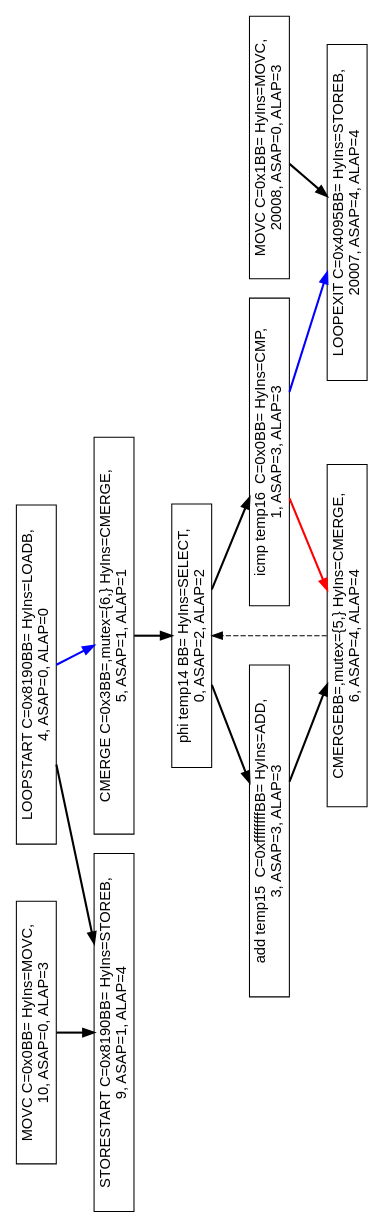
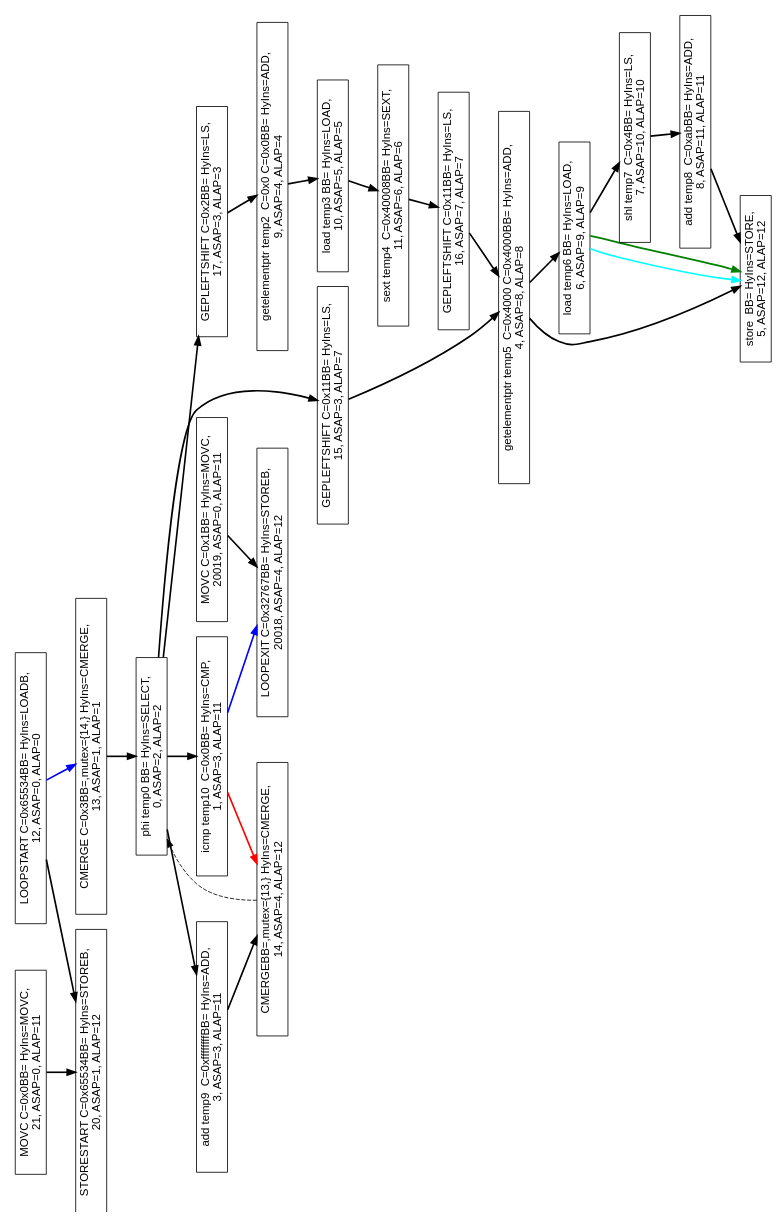
Before and after one commit to vlad-nitu/Morpher_DFG_Generator: the diagram in benchmarks/morpher_benchmarks/4radix/page_table_walk_PartPredDFG.dot, drawn with Graphviz. The commit also changed 11 other files, not shown here.

```diff
--- a/benchmarks/morpher_benchmarks/4radix/page_table_walk_PartPredDFG.dot
+++ b/benchmarks/morpher_benchmarks/4radix/page_table_walk_PartPredDFG.dot
@@ -1,39 +1,76 @@
 digraph Region_18 {
 	graph [ nslimit = "1000.0",
 	orientation = landscape,
 		center = true,
 	page = "8.5,11",
 	compound=true,
 	size = "10,7.5" ] ;
-"Op_4" [ fontname = "Helvetica" shape = box, label = " LOOPSTART C=0x8190BB= HyIns=LOADB,
-4, ASAP=0, ALAP=0"]
-"Op_9" [ fontname = "Helvetica" shape = box, label = " STORESTART C=0x8190BB= HyIns=STOREB,
-9, ASAP=1, ALAP=4"]
-"Op_10" [ fontname = "Helvetica" shape = box, label = " MOVC C=0x0BB= HyIns=MOVC,
-10, ASAP=0, ALAP=3"]
-"Op_0" [ fontname = "Helvetica" shape = box, label = " phi temp14 BB= HyIns=SELECT,
+"Op_12" [ fontname = "Helvetica" shape = box, label = " LOOPSTART C=0x65534BB= HyIns=LOADB,
+12, ASAP=0, ALAP=0"]
+"Op_20" [ fontname = "Helvetica" shape = box, label = " STORESTART C=0x65534BB= HyIns=STOREB,
+20, ASAP=1, ALAP=12"]
+"Op_21" [ fontname = "Helvetica" shape = box, label = " MOVC C=0x0BB= HyIns=MOVC,
+21, ASAP=0, ALAP=11"]
+"Op_0" [ fontname = "Helvetica" shape = box, label = " phi temp0 BB= HyIns=SELECT,
 0, ASAP=2, ALAP=2"]
-"Op_1" [ fontname = "Helvetica" shape = box, label = " icmp temp16  C=0x0BB= HyIns=CMP,
-1, ASAP=3, ALAP=3"]
-"Op_3" [ fontname = "Helvetica" shape = box, label = " add temp15  C=0xffffffffBB= HyIns=ADD,
-3, ASAP=3, ALAP=3"]
-"Op_5" [ fontname = "Helvetica" shape = box, label = " CMERGE C=0x3BB=,mutex={6,} HyIns=CMERGE,
-5, ASAP=1, ALAP=1"]
-"Op_6" [ fontname = "Helvetica" shape = box, label = " CMERGEBB=,mutex={5,} HyIns=CMERGE,
-6, ASAP=4, ALAP=4"]
-"Op_20007" [ fontname = "Helvetica" shape = box, label = " LOOPEXIT C=0x4095BB= HyIns=STOREB,
-20007, ASAP=4, ALAP=4"]
-"Op_20008" [ fontname = "Helvetica" shape = box, label = " MOVC C=0x1BB= HyIns=MOVC,
-20008, ASAP=0, ALAP=3"]
+"Op_1" [ fontname = "Helvetica" shape = box, label = " icmp temp10  C=0x0BB= HyIns=CMP,
+1, ASAP=3, ALAP=11"]
+"Op_3" [ fontname = "Helvetica" shape = box, label = " add temp9  C=0xffffffffBB= HyIns=ADD,
+3, ASAP=3, ALAP=11"]
+"Op_4" [ fontname = "Helvetica" shape = box, label = " getelementptr temp5  C=0x4000 C=0x4000BB= HyIns=ADD,
+4, ASAP=8, ALAP=8"]
+"Op_5" [ fontname = "Helvetica" shape = box, label = " store  BB= HyIns=STORE,
+5, ASAP=12, ALAP=12"]
+"Op_6" [ fontname = "Helvetica" shape = box, label = " load temp6 BB= HyIns=LOAD,
+6, ASAP=9, ALAP=9"]
+"Op_7" [ fontname = "Helvetica" shape = box, label = " shl temp7  C=0x4BB= HyIns=LS,
+7, ASAP=10, ALAP=10"]
+"Op_8" [ fontname = "Helvetica" shape = box, label = " add temp8  C=0xabBB= HyIns=ADD,
+8, ASAP=11, ALAP=11"]
+"Op_9" [ fontname = "Helvetica" shape = box, label = " getelementptr temp2  C=0x0 C=0x0BB= HyIns=ADD,
+9, ASAP=4, ALAP=4"]
+"Op_10" [ fontname = "Helvetica" shape = box, label = " load temp3 BB= HyIns=LOAD,
+10, ASAP=5, ALAP=5"]
+"Op_11" [ fontname = "Helvetica" shape = box, label = " sext temp4  C=0x40008BB= HyIns=SEXT,
+11, ASAP=6, ALAP=6"]
+"Op_13" [ fontname = "Helvetica" shape = box, label = " CMERGE C=0x3BB=,mutex={14,} HyIns=CMERGE,
+13, ASAP=1, ALAP=1"]
+"Op_14" [ fontname = "Helvetica" shape = box, label = " CMERGEBB=,mutex={13,} HyIns=CMERGE,
+14, ASAP=4, ALAP=12"]
+"Op_15" [ fontname = "Helvetica" shape = box, label = " GEPLEFTSHIFT C=0x11BB= HyIns=LS,
+15, ASAP=3, ALAP=7"]
+"Op_16" [ fontname = "Helvetica" shape = box, label = " GEPLEFTSHIFT C=0x11BB= HyIns=LS,
+16, ASAP=7, ALAP=7"]
+"Op_17" [ fontname = "Helvetica" shape = box, label = " GEPLEFTSHIFT C=0x2BB= HyIns=LS,
+17, ASAP=3, ALAP=3"]
+"Op_20018" [ fontname = "Helvetica" shape = box, label = " LOOPEXIT C=0x32767BB= HyIns=STOREB,
+20018, ASAP=4, ALAP=12"]
+"Op_20019" [ fontname = "Helvetica" shape = box, label = " MOVC C=0x1BB= HyIns=MOVC,
+20019, ASAP=0, ALAP=11"]
 "Op_0" -> "Op_1" [style = bold, color = black];
 "Op_0" -> "Op_3" [style = bold, color = black];
-"Op_1" -> "Op_6" [style = bold, color = red];
-"Op_1" -> "Op_20007" [style = bold, color = blue];
-"Op_3" -> "Op_6" [style = bold, color = black];
-"Op_4" -> "Op_5" [style = bold, color = blue];
-"Op_4" -> "Op_9" [style = bold, color = black];
-"Op_5" -> "Op_0" [style = bold, color = black];
-"Op_6" -> "Op_0" [style = dashed, color = black];
-"Op_20008" -> "Op_20007" [style = bold, color = black];
-"Op_10" -> "Op_9" [style = bold, color = black];
+"Op_0" -> "Op_15" [style = bold, color = black];
+"Op_0" -> "Op_17" [style = bold, color = black];
+"Op_1" -> "Op_14" [style = bold, color = red];
+"Op_1" -> "Op_20018" [style = bold, color = blue];
+"Op_3" -> "Op_14" [style = bold, color = black];
+"Op_4" -> "Op_5" [style = bold, color = black];
+"Op_4" -> "Op_6" [style = bold, color = black];
+"Op_6" -> "Op_7" [style = bold, color = black];
+"Op_6" -> "Op_5" [style = bold, color = cyan];
+"Op_6" -> "Op_5"[style = bold, color = green];
+"Op_7" -> "Op_8" [style = bold, color = black];
+"Op_8" -> "Op_5" [style = bold, color = black];
+"Op_9" -> "Op_10" [style = bold, color = black];
+"Op_10" -> "Op_11" [style = bold, color = black];
+"Op_11" -> "Op_16" [style = bold, color = black];
+"Op_12" -> "Op_13" [style = bold, color = blue];
+"Op_12" -> "Op_20" [style = bold, color = black];
+"Op_13" -> "Op_0" [style = bold, color = black];
+"Op_14" -> "Op_0" [style = dashed, color = black];
+"Op_17" -> "Op_9" [style = bold, color = black];
+"Op_16" -> "Op_4" [style = bold, color = black];
+"Op_15" -> "Op_4" [style = bold, color = black];
+"Op_20019" -> "Op_20018" [style = bold, color = black];
+"Op_21" -> "Op_20" [style = bold, color = black];
 }
```
